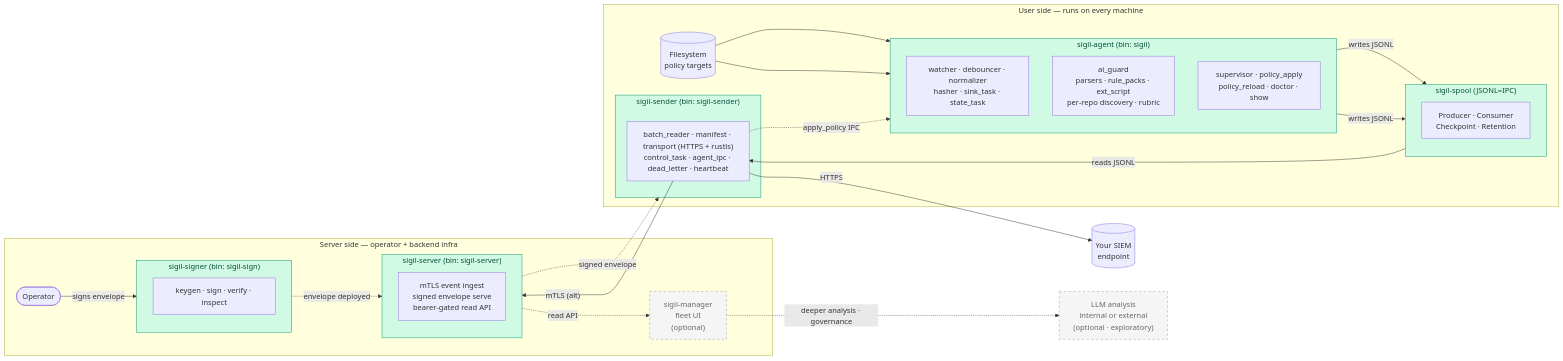
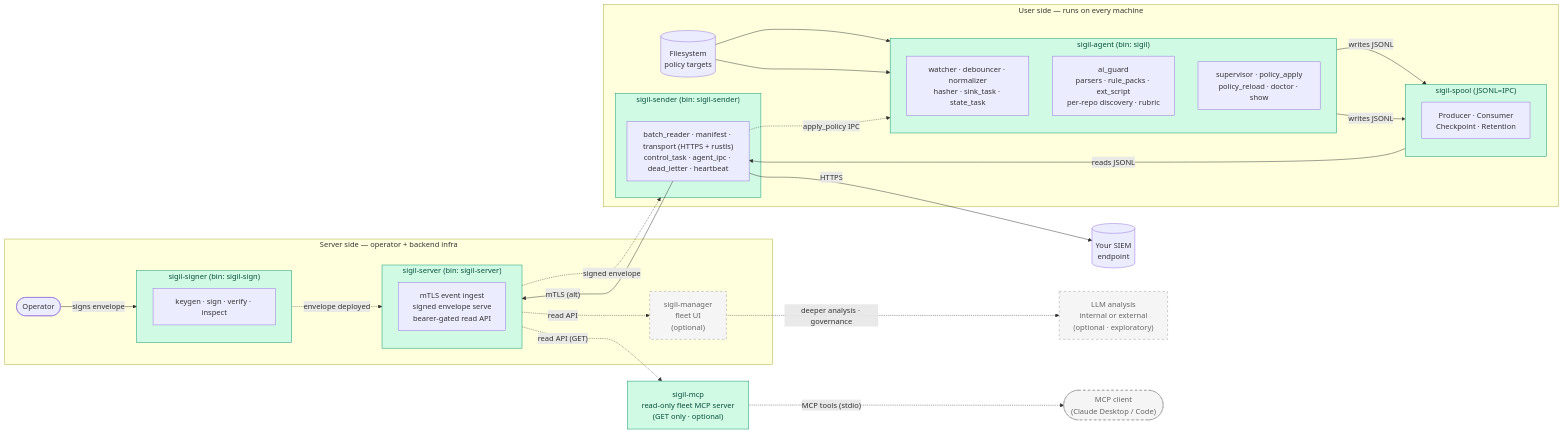
One commit to Ju571nK/sigil changed the diagram in README.md. Above: the diagram before and after it, drawn with Mermaid. The commit also changed other lines of this file, not shown here.

First line of the commit message:
docs(readme): add sigil-mcp to the architecture diagram and crate list

````diff
--- a/README.md
+++ b/README.md
@@ -202,71 +209,78 @@
 ```mermaid
 flowchart LR
     %% ============ CLIENT — the developer's machine ============
     subgraph host["User side — runs on every machine"]
         FS[("Filesystem<br/>policy targets")]
 
         subgraph agent["sigil-agent (bin: sigil)"]
             direction TB
             a_pipe["watcher · debouncer · normalizer<br/>hasher · sink_task · state_task"]
             a_aiguard["ai_guard<br/>parsers · rule_packs · ext_script<br/>per-repo discovery · rubric"]
             a_ctrl["supervisor · policy_apply<br/>policy_reload · doctor · show"]
         end
 
         subgraph spool["sigil-spool (JSONL=IPC)"]
             spoolmods["Producer · Consumer<br/>Checkpoint · Retention"]
         end
 
         subgraph sender["sigil-sender (bin: sigil-sender)"]
             s_pipe["batch_reader · manifest · transport (HTTPS + rustls)<br/>control_task · agent_ipc · dead_letter · heartbeat"]
         end
     end
 
     %% ============ SERVER SIDE — operator + backend infra ============
     subgraph backend["Server side — operator + backend infra"]
         operator(["Operator"])
 
         subgraph signer["sigil-signer (bin: sigil-sign)"]
             signermods["keygen · sign · verify · inspect"]
         end
 
         subgraph server["sigil-server (bin: sigil-server)"]
             servermods["mTLS event ingest<br/>signed envelope serve<br/>bearer-gated read API"]
         end
 
         manager["sigil-manager<br/>fleet UI<br/>(optional)"]:::optional
     end
 
     %% External sink — your existing system (not part of Sigil)
     SIEM[("Your SIEM<br/>endpoint")]
 
     %% Optional, exploratory — an internal or external LLM for deeper analysis
     llm["LLM analysis<br/>internal or external<br/>(optional · exploratory)"]:::optional
 
+    %% Optional — read-only fleet access for an MCP client (Claude Desktop/Code)
+    mcp["sigil-mcp<br/>read-only fleet MCP server<br/>(GET only · optional)"]
+    mcpclient(["MCP client<br/>(Claude Desktop / Code)"]):::optional
+
     %% Data plane
     FS --> a_pipe
     FS --> a_aiguard
     a_pipe -- "writes JSONL" --> spool
     a_aiguard -- "writes JSONL" --> spool
     spool -- "reads JSONL" --> s_pipe
     s_pipe -- "HTTPS" --> SIEM
     s_pipe -- "mTLS (alt)" --> server
 
     %% Control plane
     s_pipe -. "apply_policy IPC" .-> a_ctrl
     operator -- "signs envelope" --> signer
     signer -. "envelope deployed" .-> server
     server -. "signed envelope" .-> sender
 
     %% Optional consumers
     server -. "read API" .-> manager
     manager -. "deeper analysis · governance" .-> llm
+    server -. "read API (GET)" .-> mcp
+    mcp -. "MCP tools (stdio)" .-> mcpclient
 
     classDef optional stroke-dasharray: 5 5,fill:#f5f5f5,stroke:#999,color:#666
 
     %% Components (crates) in green so they stand out from the location boxes
     style agent  fill:#d1fae5,stroke:#059669,color:#064e3b
     style spool  fill:#d1fae5,stroke:#059669,color:#064e3b
     style sender fill:#d1fae5,stroke:#059669,color:#064e3b
     style signer fill:#d1fae5,stroke:#059669,color:#064e3b
     style server fill:#d1fae5,stroke:#059669,color:#064e3b
+    style mcp    fill:#d1fae5,stroke:#059669,color:#064e3b
 ```
````
